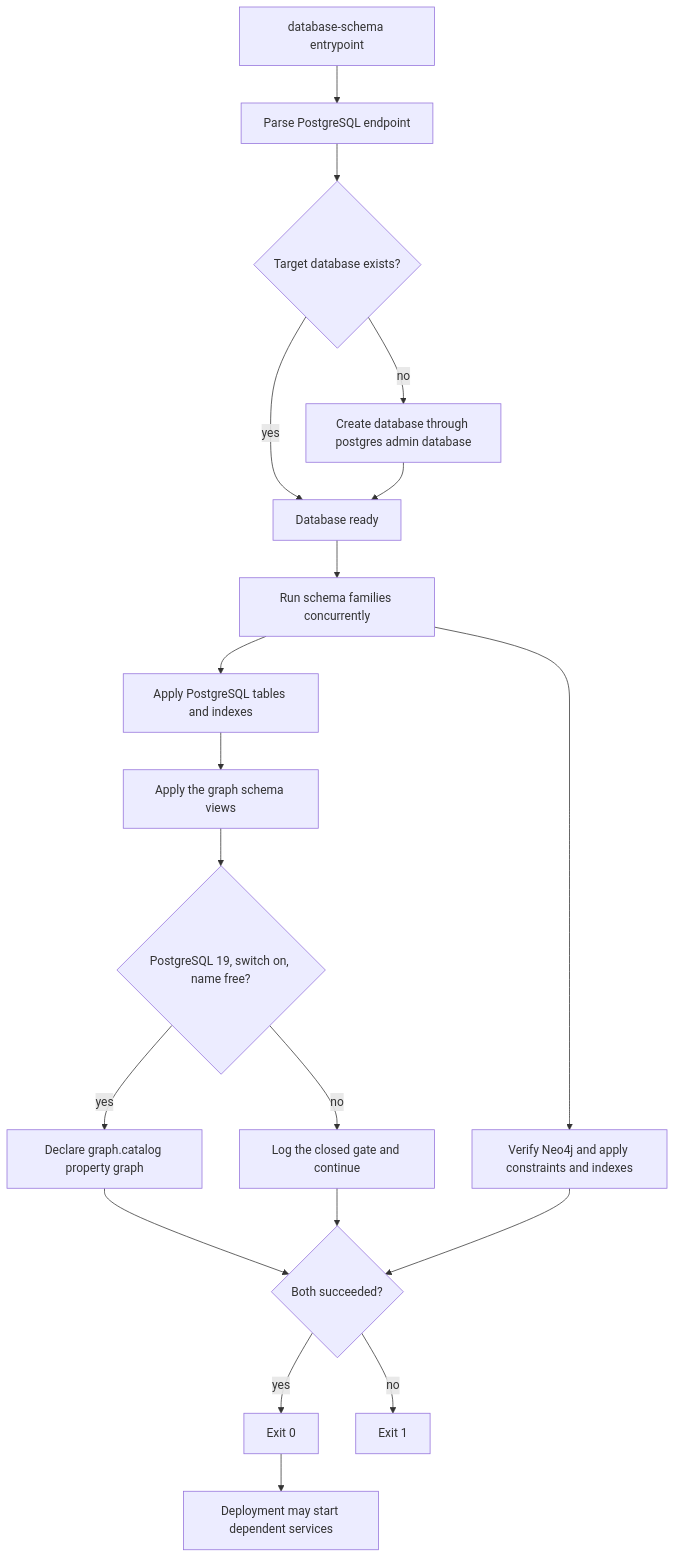
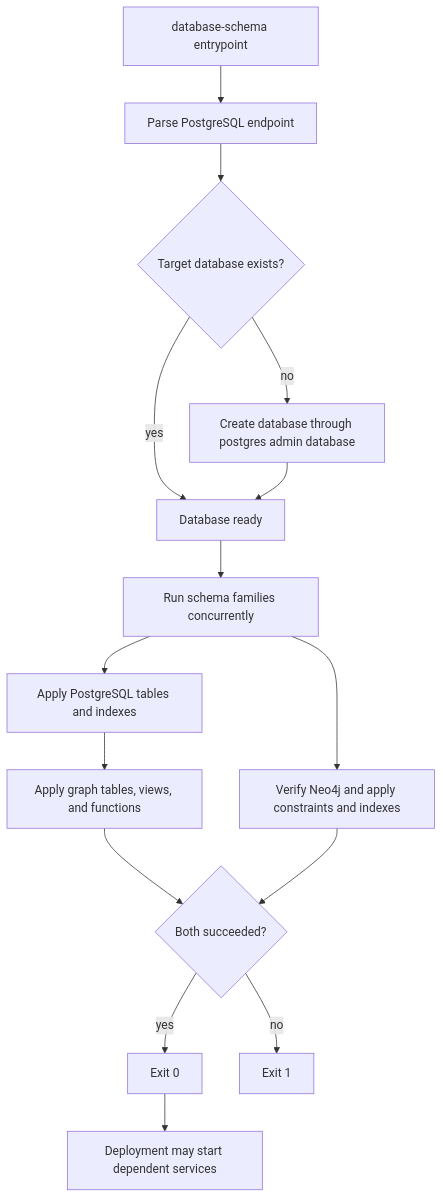
The second of 2 diagrams in docs/architecture.md (groovemap-music/database-schema), drawn with Mermaid before and after one commit. The commit also changed other lines of this file and 6 other files, not shown here.

Commit message:
docs(graph): retain relational persistence contract

````diff
--- a/docs/architecture.md
+++ b/docs/architecture.md
@@ -31,21 +30,17 @@
 ```mermaid
 flowchart TD
     E[database-schema entrypoint] --> P[Parse PostgreSQL endpoint]
     P --> D{Target database exists?}
     D -->|no| C[Create database through postgres admin database]
     D -->|yes| R[Database ready]
     C --> R
     R --> F[Run schema families concurrently]
     F --> PG[Apply PostgreSQL tables and indexes]
     F --> N[Verify Neo4j and apply constraints and indexes]
-    PG --> GV[Apply the graph schema views]
-    GV --> Q{"PostgreSQL 19, switch on, name free?"}
-    Q -->|yes| CAT["Declare graph.catalog property graph"]
-    Q -->|no| SK[Log the closed gate and continue]
-    CAT --> G{Both succeeded?}
-    SK --> G
+    PG --> GV[Apply graph tables, views, and functions]
+    GV --> G{Both succeeded?}
     N --> G
     G -->|yes| Z[Exit 0]
     G -->|no| X[Exit 1]
     Z --> S[Deployment may start dependent services]
 ```
````
